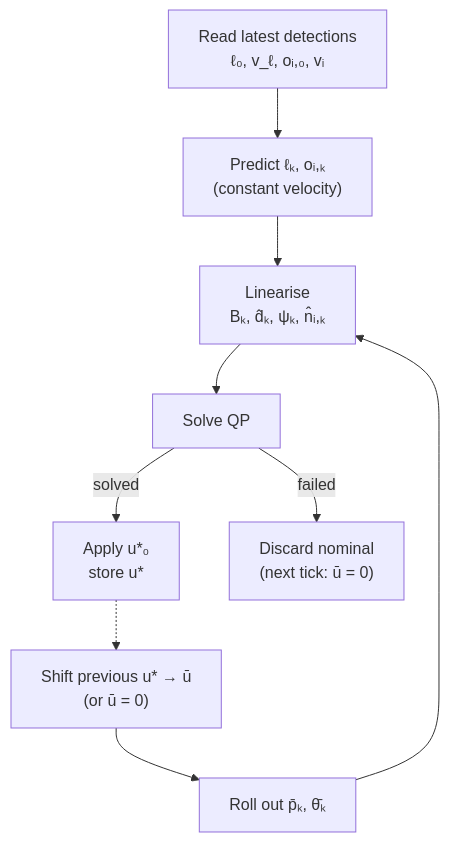
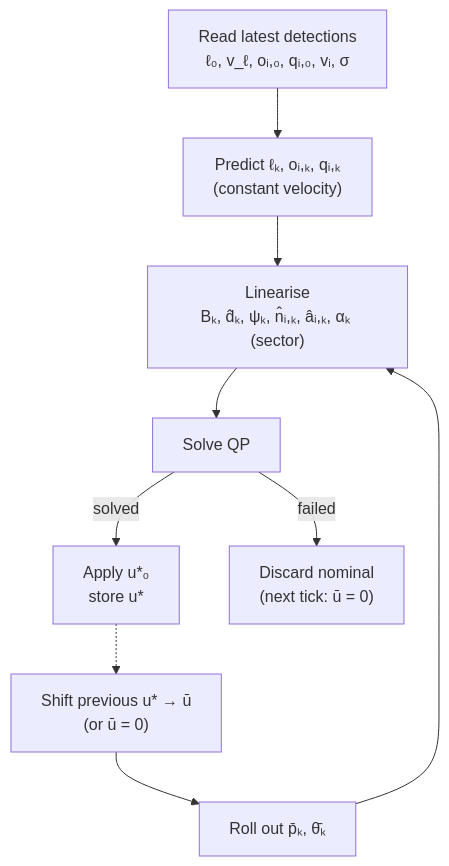
One commit to jens1906/Robotteknologi-7.-semester changed the diagram in follow_anywhere_ws/src/navigation_cpp/mpc.md. Above: the diagram before and after it, drawn with Mermaid. The commit also changed other lines of this file and 20 other files, not shown here.

````diff
--- a/follow_anywhere_ws/src/navigation_cpp/mpc.md
+++ b/follow_anywhere_ws/src/navigation_cpp/mpc.md
@@ -166,11 +319,11 @@
 ```mermaid
 flowchart TD
-    A["Read latest detections<br/>ℓ₀, v_ℓ, oᵢ,₀, vᵢ"] --> B["Predict ℓₖ, oᵢ,ₖ<br/>(constant velocity)"]
+    A["Read latest detections<br/>ℓ₀, v_ℓ, oᵢ,₀, qᵢ,₀, vᵢ, σ"] --> B["Predict ℓₖ, oᵢ,ₖ, qᵢ,ₖ<br/>(constant velocity)"]
     C["Shift previous u* → ū<br/>(or ū = 0)"] --> D["Roll out p̄ₖ, θ̄ₖ"]
-    B --> E["Linearise<br/>Bₖ, d̂ₖ, ψₖ, n̂ᵢ,ₖ"]
+    B --> E["Linearise<br/>Bₖ, d̂ₖ, ψₖ, n̂ᵢ,ₖ, âᵢ,ₖ, αₖ (sector)"]
     D --> E
     E --> F["Solve QP"]
     F -->|solved| H["Apply u*₀<br/>store u*"]
     F -->|failed| I["Discard nominal<br/>(next tick: ū = 0)"]
     H -.-> C
 ```
````
